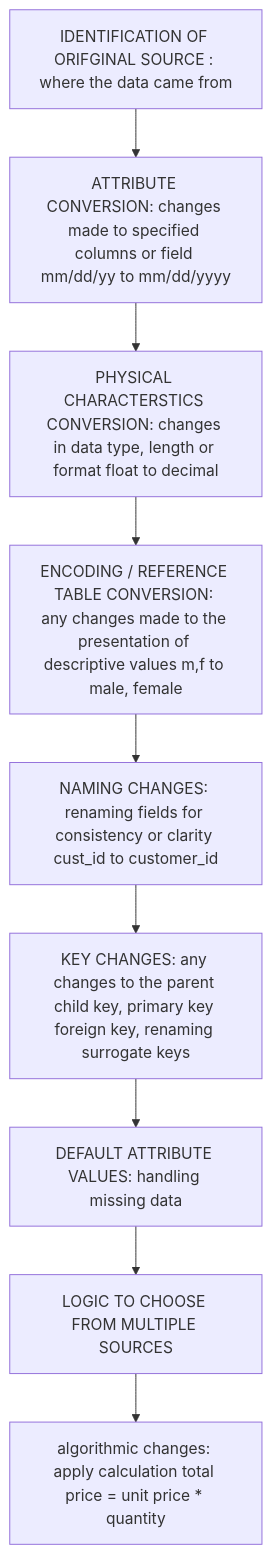
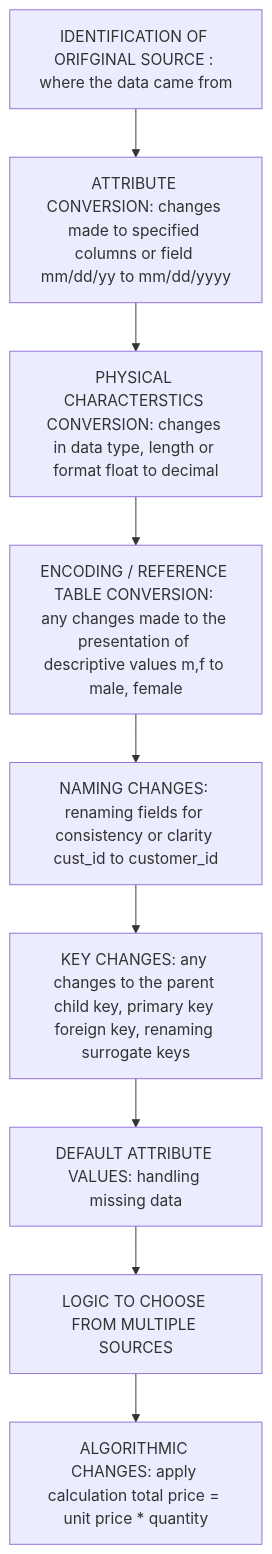
The second of 2 diagrams in data warehouse/Data Warehousing, Analytics overview.md (Prajjwal-Rimal/Database-and-SQL), drawn with Mermaid before and after one commit.

Commit message:
Update section headers for consistency in naming

````diff
--- a/data warehouse/Data Warehousing, Analytics overview.md
+++ b/data warehouse/Data Warehousing, Analytics overview.md
@@ -100,13 +100,13 @@
 ```mermaid
 flowchart TD
     A[IDENTIFICATION OF ORIFGINAL SOURCE : where the data came from] -->
     B[ATTRIBUTE CONVERSION: changes made to specified columns or field mm/dd/yy to mm/dd/yyyy] -->
     C[PHYSICAL CHARACTERSTICS CONVERSION: changes in data type, length or format float to decimal] -->
     D[ENCODING / REFERENCE TABLE CONVERSION: any changes made to the presentation of descriptive values m,f to male, female] -->
     E[NAMING CHANGES: renaming fields for consistency or clarity cust_id to customer_id] -->
     F[KEY CHANGES: any changes to the parent child key, primary key foreign key, renaming surrogate keys] -->
     G[DEFAULT ATTRIBUTE VALUES: handling missing data] -->
     H[LOGIC TO CHOOSE FROM MULTIPLE SOURCES] -->
-    I[algorithmic changes: apply calculation total price = unit price * quantity]
+    I[ALGORITHMIC CHANGES: apply calculation total price = unit price * quantity]
 
 ```
````
